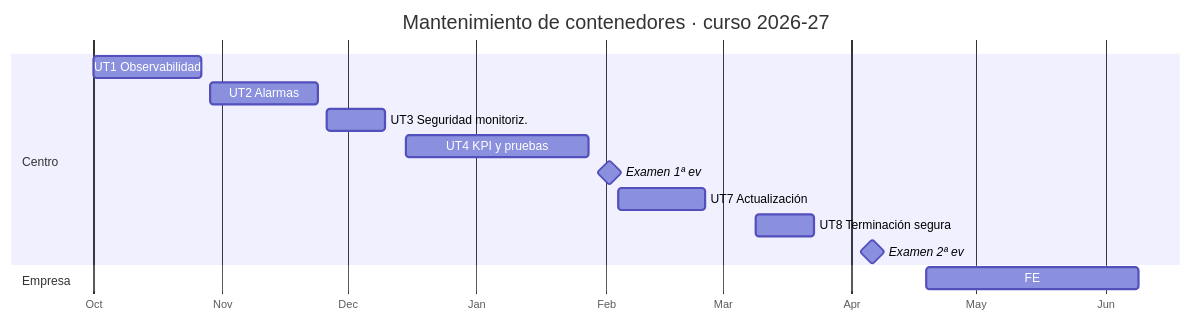
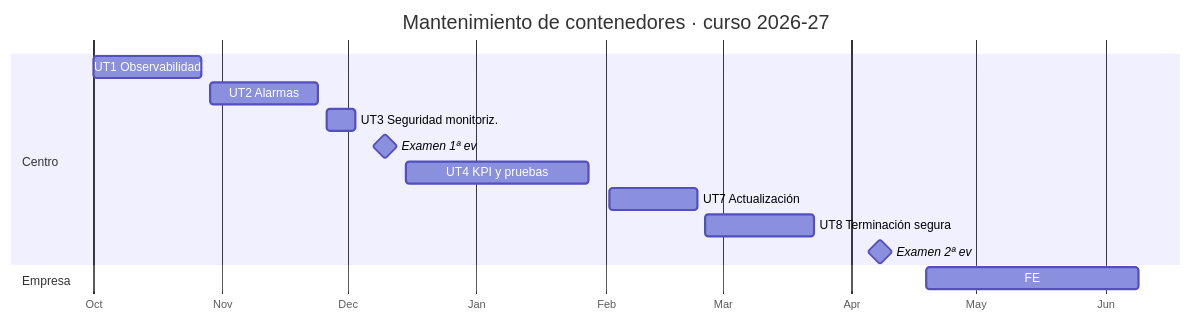
One commit to victor-educ/apuntes-5169 changed the diagram in docs/calendario.md. Above: the diagram before and after it, drawn with Mermaid. The commit also changed other lines of this file and 12 other files, not shown here.

````diff
--- a/docs/calendario.md
+++ b/docs/calendario.md
@@ -75,17 +75,17 @@
 ```mermaid
 gantt
     title Mantenimiento de contenedores · curso 2026-27
     dateFormat  YYYY-MM-DD
     axisFormat  %b
     section Centro
     UT1 Observabilidad        :2026-10-01, 2026-10-27
     UT2 Alarmas               :2026-10-29, 2026-11-24
-    UT3 Seguridad monitoriz.  :2026-11-26, 2026-12-10
+    UT3 Seguridad monitoriz.  :2026-11-26, 2026-12-03
+    Examen 1ª ev              :milestone, 2026-12-10, 0d
     UT4 KPI y pruebas         :2026-12-15, 2027-01-28
-    Examen 1ª ev              :milestone, 2027-02-02, 0d
-    UT7 Actualización         :2027-02-04, 2027-02-25
-    UT8 Terminación segura    :2027-03-09, 2027-03-23
-    Examen 2ª ev              :milestone, 2027-04-06, 0d
+    UT7 Actualización         :2027-02-02, 2027-02-23
+    UT8 Terminación segura    :2027-02-25, 2027-03-23
+    Examen 2ª ev              :milestone, 2027-04-08, 0d
     section Empresa
     FE                        :2027-04-19, 2027-06-09
 ```
````
